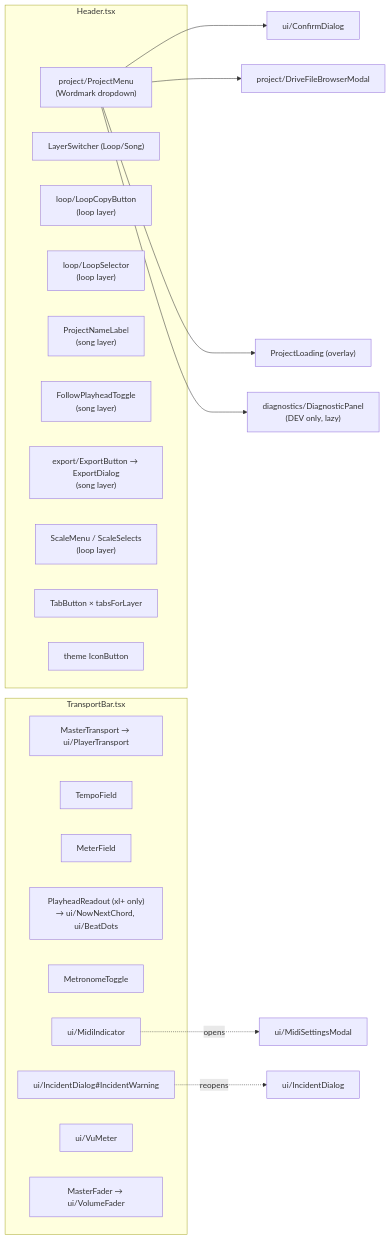
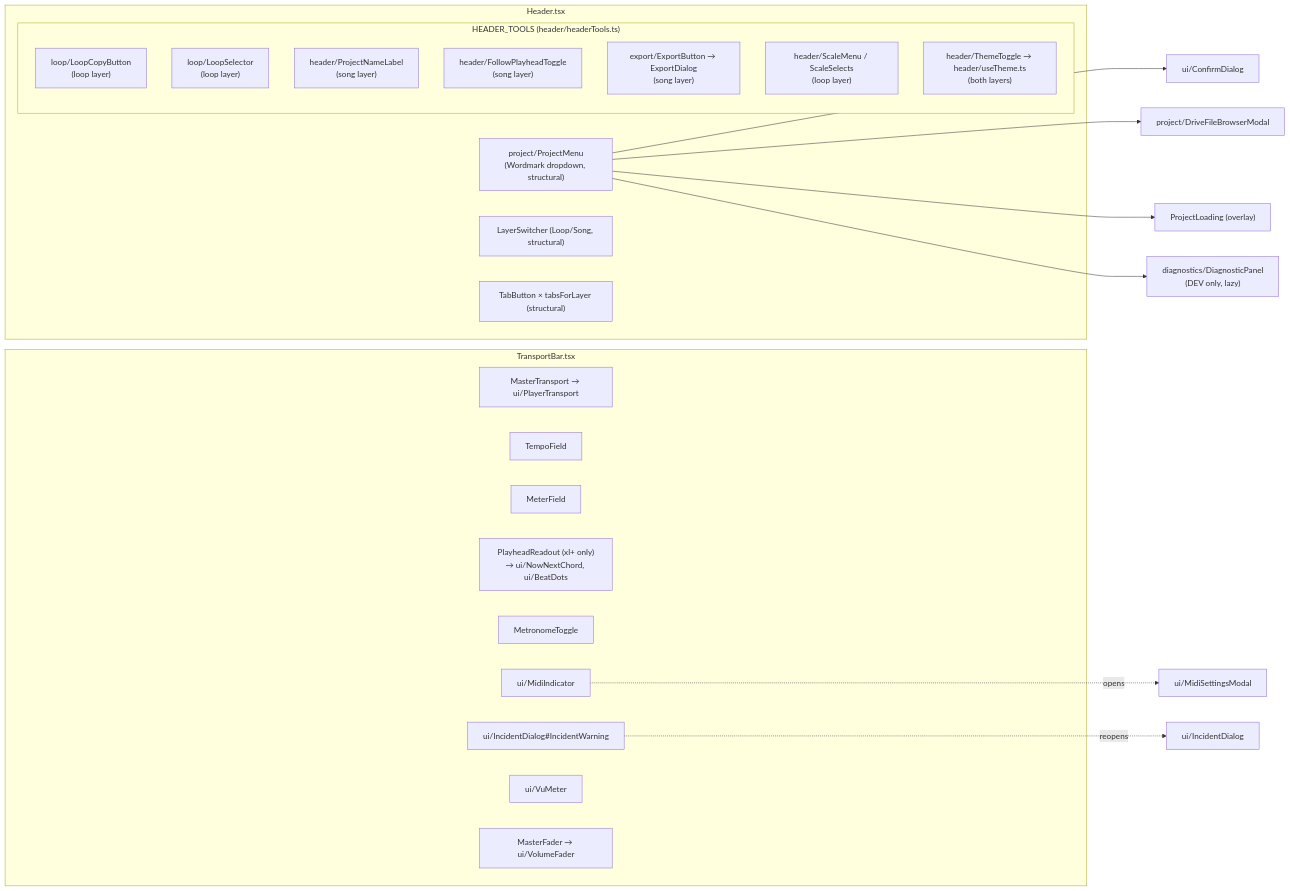
The second of 5 diagrams in docs/architecture/structure/01-ui.md (themiddnight/solna), drawn with Mermaid before and after one commit. The commit also changed other lines of this file and 15 other files, not shown here.

````diff
--- a/docs/architecture/structure/01-ui.md
+++ b/docs/architecture/structure/01-ui.md
@@ -75,32 +81,34 @@
 ```mermaid
 flowchart LR
   subgraph Header["Header.tsx"]
-    PM["project/ProjectMenu<br/>(Wordmark dropdown)"]
-    LS["LayerSwitcher (Loop/Song)"]
-    LCB["loop/LoopCopyButton<br/>(loop layer)"]
-    LSel["loop/LoopSelector<br/>(loop layer)"]
-    PNL["ProjectNameLabel<br/>(song layer)"]
-    FPT["FollowPlayheadToggle<br/>(song layer)"]
-    EXP["export/ExportButton → ExportDialog<br/>(song layer)"]
-    SM["ScaleMenu / ScaleSelects<br/>(loop layer)"]
-    TB["TabButton × tabsForLayer"]
-    TH["theme IconButton"]
+    PM["project/ProjectMenu<br/>(Wordmark dropdown, structural)"]
+    LS["LayerSwitcher (Loop/Song, structural)"]
+    subgraph Tools["HEADER_TOOLS (header/headerTools.ts)"]
+      LCB["loop/LoopCopyButton<br/>(loop layer)"]
+      LSel["loop/LoopSelector<br/>(loop layer)"]
+      PNL["header/ProjectNameLabel<br/>(song layer)"]
+      FPT["header/FollowPlayheadToggle<br/>(song layer)"]
+      EXP["export/ExportButton → ExportDialog<br/>(song layer)"]
+      SM["header/ScaleMenu / ScaleSelects<br/>(loop layer)"]
+      TH["header/ThemeToggle → header/useTheme.ts<br/>(both layers)"]
+    end
+    TB["TabButton × tabsForLayer (structural)"]
   end
   PM --> CD["ui/ConfirmDialog"]
   PM --> DFB["project/DriveFileBrowserModal"]
   PM --> PLo["ProjectLoading (overlay)"]
   PM --> DP["diagnostics/DiagnosticPanel<br/>(DEV only, lazy)"]
   subgraph Transport["TransportBar.tsx"]
     MT["MasterTransport → ui/PlayerTransport"]
     TF["TempoField"]
     MF["MeterField"]
     PR["PlayheadReadout (xl+ only)<br/>→ ui/NowNextChord, ui/BeatDots"]
     MET["MetronomeToggle"]
     MIDI["ui/MidiIndicator"]
     IW["ui/IncidentDialog#IncidentWarning"]
     VU["ui/VuMeter"]
     MFd["MasterFader → ui/VolumeFader"]
   end
   MIDI -. opens .-> MSM["ui/MidiSettingsModal"]
   IW -. reopens .-> IDlg["ui/IncidentDialog"]
 ```
````
